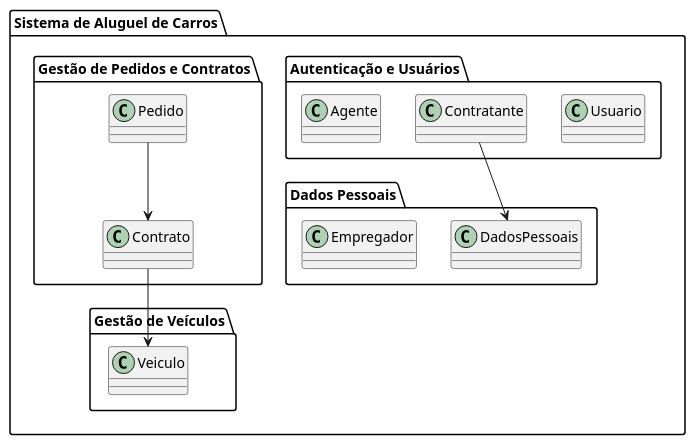
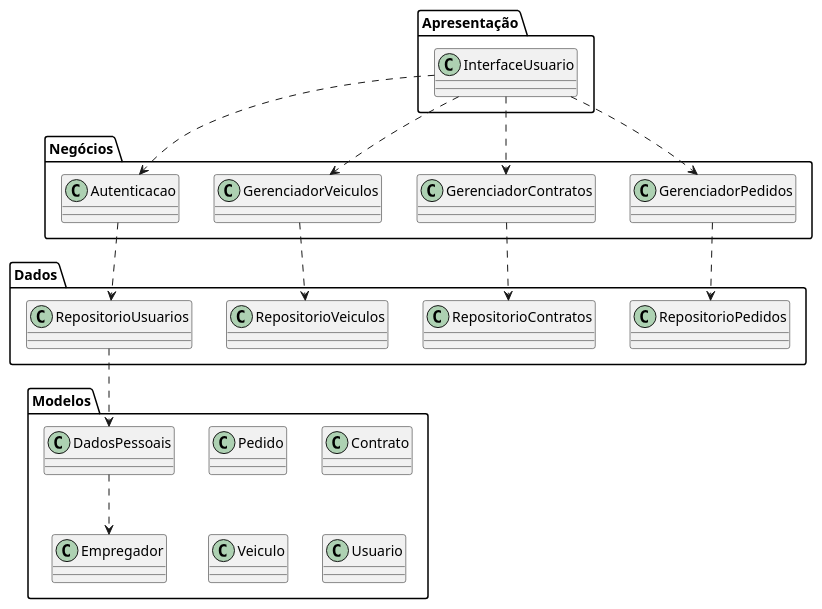
One commit to diascw/sistema-aluguel-de-carros changed the diagram in projeto/Diagramas/diagrama-de-pacotes.puml. Above: the diagram before and after it, drawn with PlantUML.

Commit message:
diagrama caso de pacotes atualizado

```diff
--- a/projeto/Diagramas/diagrama-de-pacotes.puml
+++ b/projeto/Diagramas/diagrama-de-pacotes.puml
@@ -1,31 +1,45 @@
 @startuml
 
-package "Sistema de Aluguel de Carros" {
-  
-  package "Autenticação e Usuários" {
-    class Usuario
-    class Contratante
-    class Agente
-  }
+package "Apresentação" {
+    class InterfaceUsuario
+}
 
-  package "Gestão de Pedidos e Contratos" {
+package "Negócios" {
+    class GerenciadorPedidos
+    class GerenciadorContratos
+    class GerenciadorVeiculos
+    class Autenticacao
+}
+
+package "Dados" {
+    class RepositorioPedidos
+    class RepositorioContratos
+    class RepositorioVeiculos
+    class RepositorioUsuarios
+}
+
+package "Modelos" {
     class Pedido
     class Contrato
-  }
-
-  package "Gestão de Veículos" {
     class Veiculo
-  }
-  
-  package "Dados Pessoais" {
+    class Usuario
     class DadosPessoais
     class Empregador
-  }
-  
 }
 
-"Contratante" --> "DadosPessoais" 
-"Pedido" --> "Contrato"
-"Contrato" --> "Veiculo"
+' Definindo o estilo das setas e conectando os pacotes de forma limpa
+InterfaceUsuario -[hidden]-> GerenciadorPedidos
+InterfaceUsuario ..> GerenciadorPedidos
+InterfaceUsuario ..> GerenciadorContratos
+InterfaceUsuario ..> GerenciadorVeiculos
+InterfaceUsuario ..> Autenticacao
+
+GerenciadorPedidos ..> RepositorioPedidos
+GerenciadorContratos ..> RepositorioContratos
+GerenciadorVeiculos ..> RepositorioVeiculos
+Autenticacao ..> RepositorioUsuarios
+
+RepositorioUsuarios ..> DadosPessoais
+DadosPessoais ..> Empregador
 
 @enduml
```
